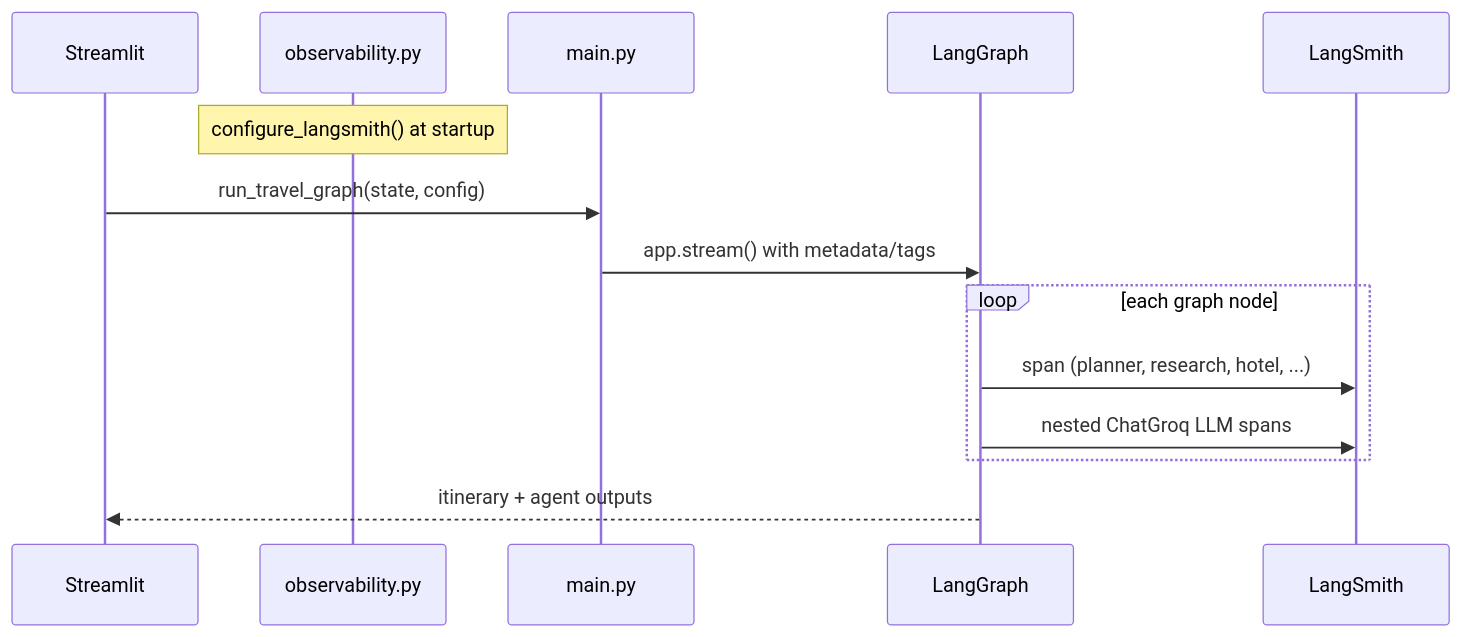
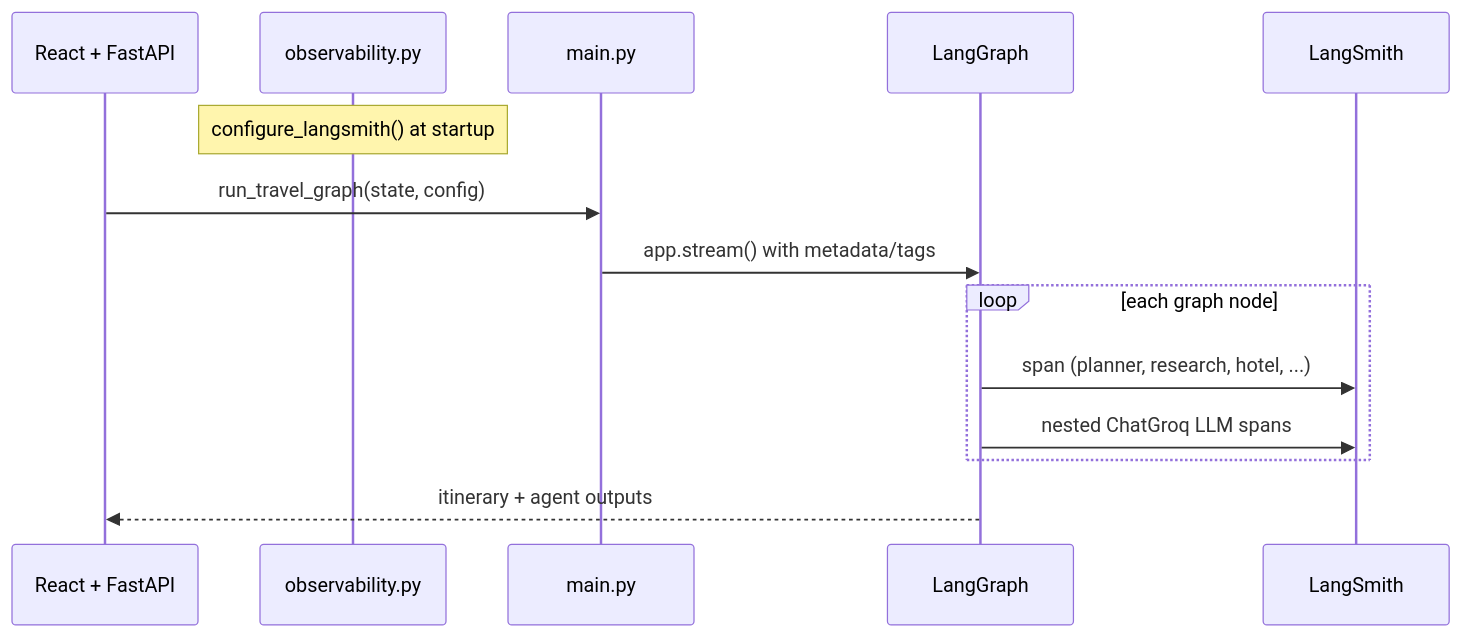
One commit to maniranjan2023/Northline changed the fifth of 8 diagrams in README.md. Above: the diagram before and after it, drawn with Mermaid. The commit also changed other lines of this file and 333 other files, not shown here.

````diff
--- a/README.md
+++ b/README.md
@@ -420,17 +524,17 @@
 ```mermaid
 sequenceDiagram
-    participant UI as Streamlit
+    participant UI as React + FastAPI
     participant Obs as observability.py
     participant App as main.py
     participant Graph as LangGraph
     participant LS as LangSmith
 
     Note over Obs: configure_langsmith() at startup
     UI->>App: run_travel_graph(state, config)
     App->>Graph: app.stream() with metadata/tags
     loop each graph node
         Graph->>LS: span (planner, research, hotel, ...)
         Graph->>LS: nested ChatGroq LLM spans
     end
     Graph-->>UI: itinerary + agent outputs
 ```
````
